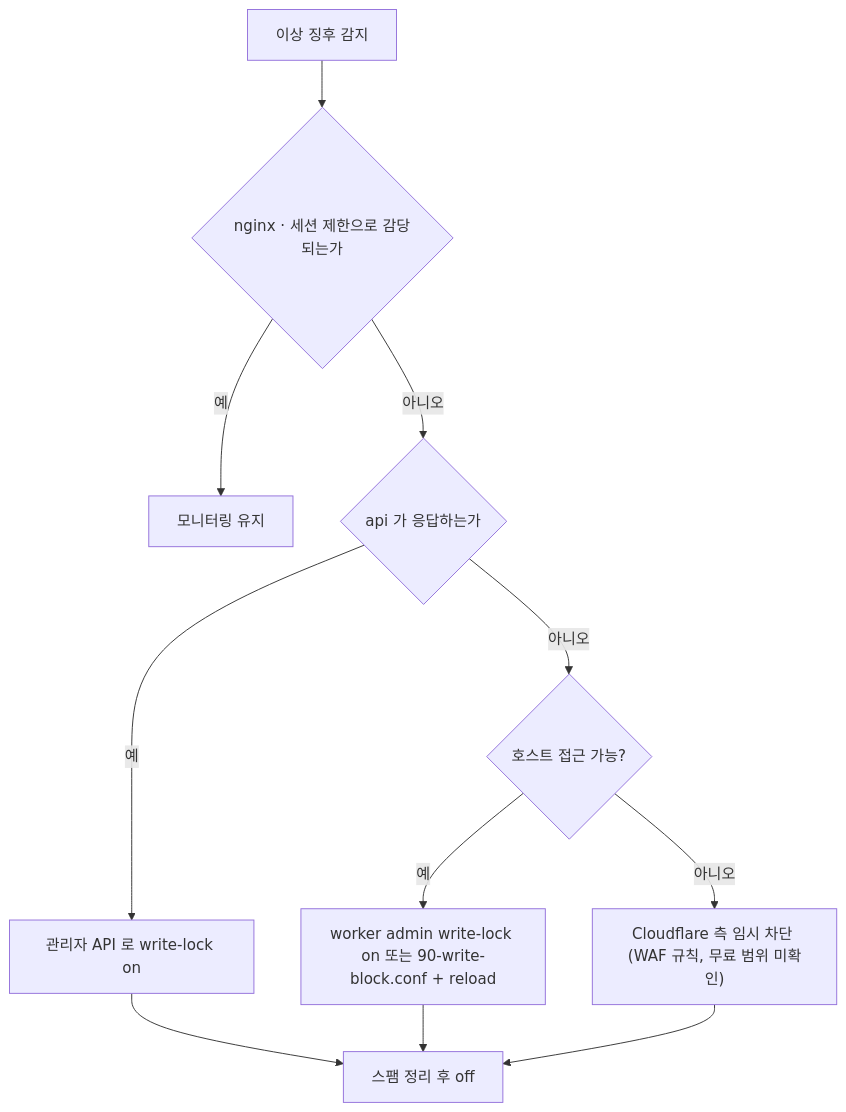
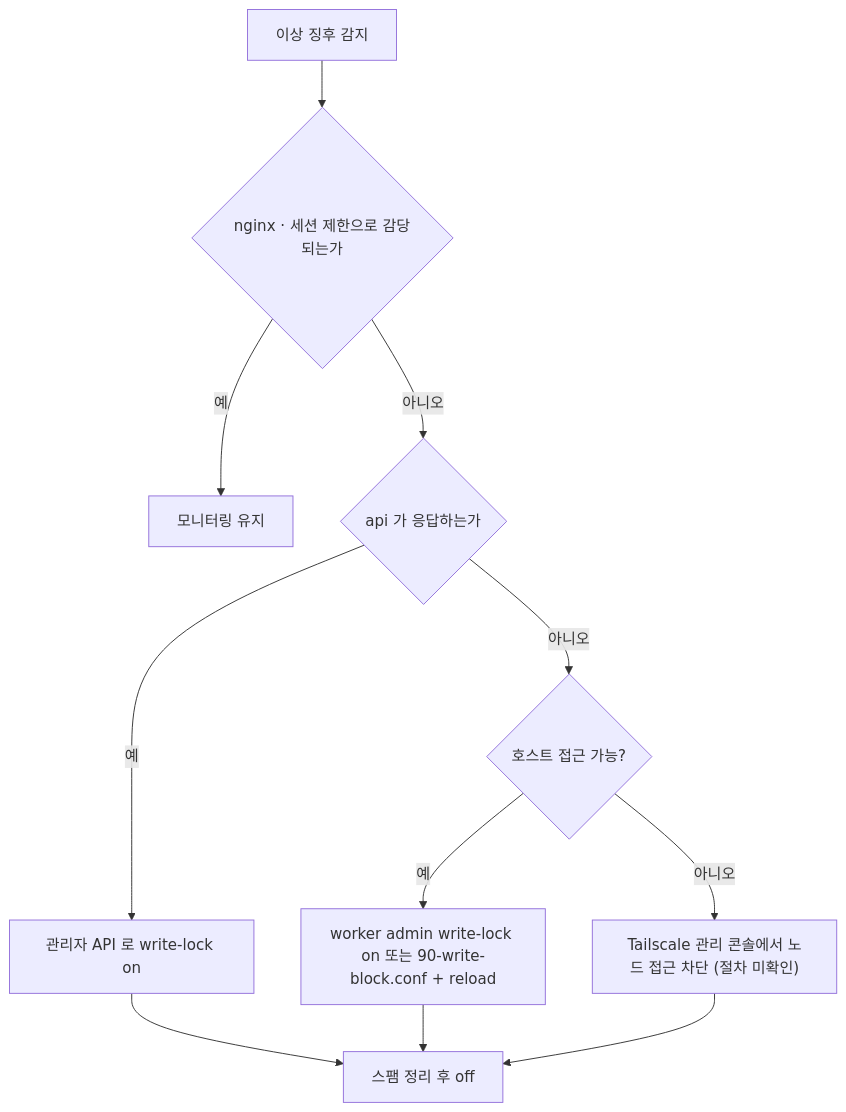
One commit to 1985jwlee/portpolio_backend changed diagram 31 of 41 in docs/design/features/17-ops-observability.md. Above: the diagram before and after it, drawn with Mermaid. The commit also changed other lines of this file and 50 other files, not shown here.

````diff
--- a/docs/design/features/17-ops-observability.md
+++ b/docs/design/features/17-ops-observability.md
@@ -1734,13 +1716,13 @@
 ```mermaid
 flowchart TD
     A["이상 징후 감지"] --> B{"nginx · 세션 제한으로 감당되는가"}
     B -- "예" --> M["모니터링 유지"]
     B -- "아니오" --> C{"api 가 응답하는가"}
     C -- "예" --> D["관리자 API 로 write-lock on"]
     C -- "아니오" --> E{"호스트 접근 가능?"}
     E -- "예" --> F["worker admin write-lock on 또는 90-write-block.conf + reload"]
-    E -- "아니오" --> G["Cloudflare 측 임시 차단 (WAF 규칙, 무료 범위 미확인)"]
+    E -- "아니오" --> G["Tailscale 관리 콘솔에서 노드 접근 차단 (절차 미확인)"]
     D --> H["스팸 정리 후 off"]
     F --> H
     G --> H
 ```
````
